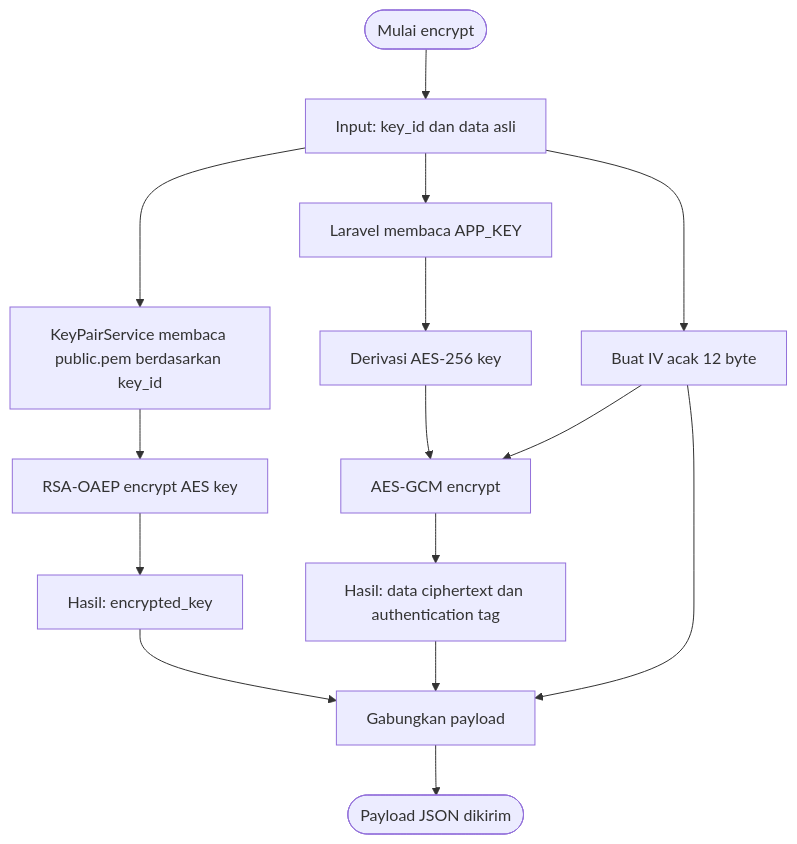
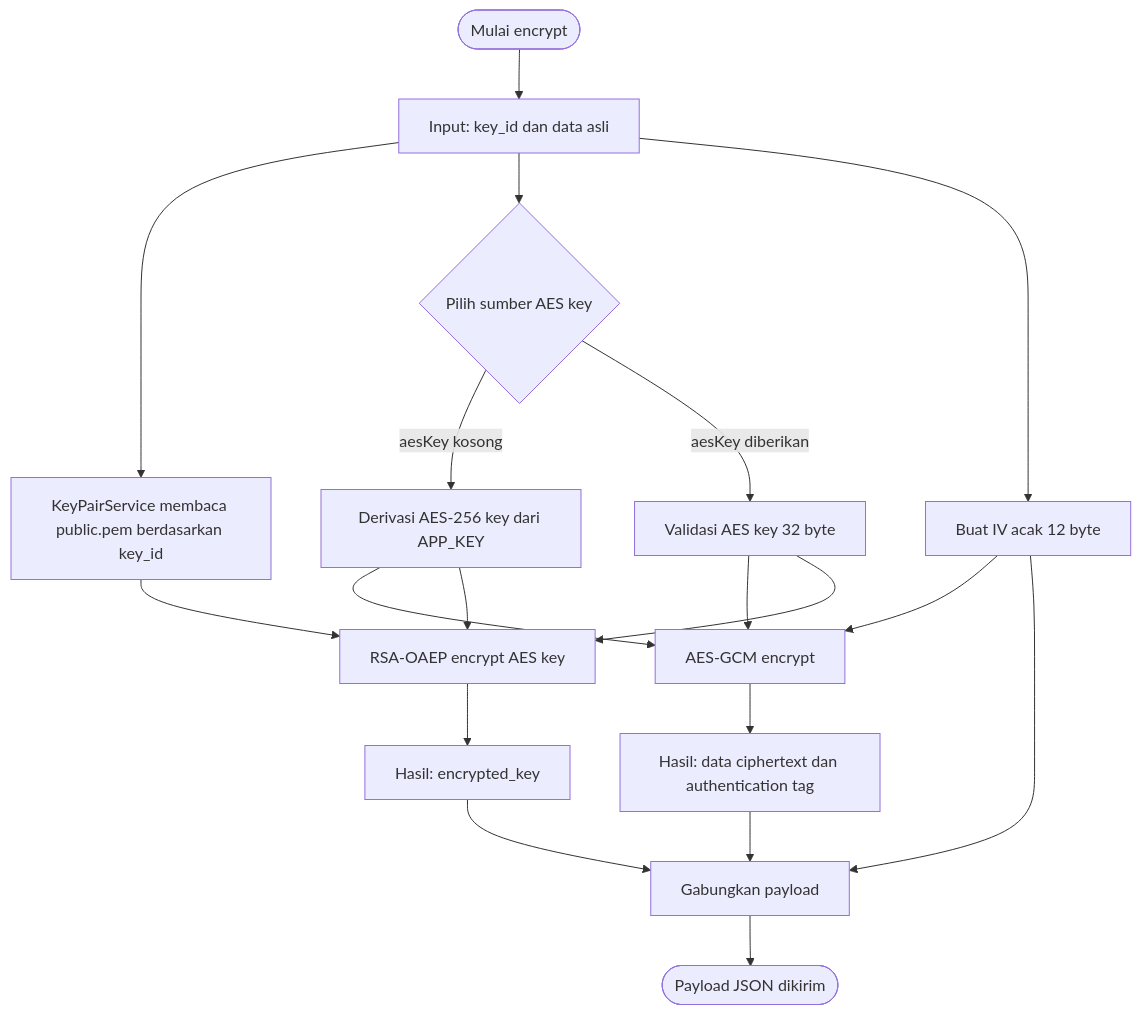
The first of 3 diagrams in README.md (Diskominfotik-Gorontalo-Prov/hybrid-encryption), drawn with Mermaid before and after one commit. The commit also changed other lines of this file and 5 other files, not shown here.

Commit message:
feat: tambahkan dukungan untuk AES key yang dihasilkan dan perbaiki dokumentasi

````diff
--- a/README.md
+++ b/README.md
@@ -9,17 +9,21 @@
 ```mermaid
 flowchart TD
     E0([Mulai encrypt]) --> E1[Input: key_id dan data asli]
     E1 --> E2[KeyPairService membaca public.pem berdasarkan key_id]
-    E1 --> E3[Laravel membaca APP_KEY]
-    E3 --> E4[Derivasi AES-256 key]
-    E1 --> E5[Buat IV acak 12 byte]
-    E4 --> E6[AES-GCM encrypt]
-    E5 --> E6
-    E6 --> E7[Hasil: data ciphertext dan authentication tag]
-    E2 --> E8[RSA-OAEP encrypt AES key]
-    E8 --> E9[Hasil: encrypted_key]
-    E7 --> E10[Gabungkan payload]
-    E9 --> E10
-    E5 --> E10
-    E10 --> E11([Payload JSON dikirim])
+    E1 --> E3{Pilih sumber AES key}
+    E3 -->|aesKey kosong| E4[Derivasi AES-256 key dari APP_KEY]
+    E3 -->|aesKey diberikan| E5[Validasi AES key 32 byte]
+    E1 --> E6[Buat IV acak 12 byte]
+    E4 --> E7[AES-GCM encrypt]
+    E5 --> E7
+    E6 --> E7
+    E7 --> E8[Hasil: data ciphertext dan authentication tag]
+    E2 --> E9[RSA-OAEP encrypt AES key]
+    E4 --> E9
+    E5 --> E9
+    E9 --> E10[Hasil: encrypted_key]
+    E8 --> E11[Gabungkan payload]
+    E10 --> E11
+    E6 --> E11
+    E11 --> E12([Payload JSON dikirim])
 ```
````
